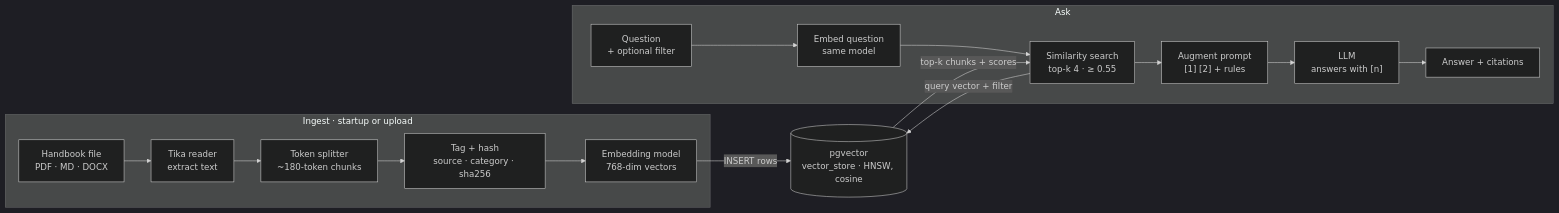
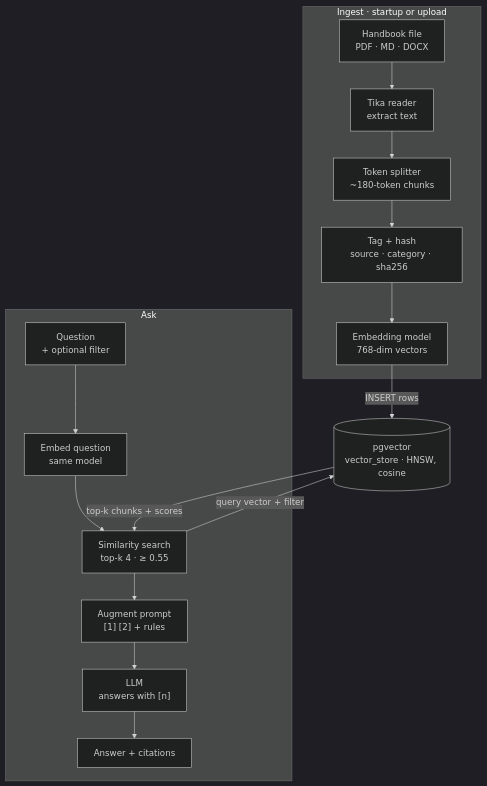
One commit to VimalKmr250/ai-concepts-demo changed the third of 12 diagrams in docs/CONCEPTS.md. Above: the diagram before and after it, drawn with Mermaid (dark theme). The commit also changed other lines of this file and 1 other file, not shown here.

First line of the commit message:
Make Mermaid diagrams readable on GitHub

````diff
--- a/docs/CONCEPTS.md
+++ b/docs/CONCEPTS.md
@@ -164,13 +166,12 @@
 ```mermaid
-flowchart LR
-    subgraph Ingest["Ingest · startup or upload"]
-        F["Handbook file<br/>PDF · MD · DOCX"] --> TK["Tika reader<br/>extract text"] --> SP["Token splitter<br/>~180-token chunks"] --> TG["Tag + hash<br/>source · category · sha256"] --> EM["Embedding model<br/>768-dim vectors"]
-    end
-    EM -- "INSERT rows" --> PG[("pgvector<br/>vector_store · HNSW, cosine")]
-    subgraph Ask
-        Q["Question<br/>+ optional filter"] --> EQ["Embed question<br/>same model"] --> S["Similarity search<br/>top-k 4 · ≥ 0.55"]
-        S --> AU["Augment prompt<br/>[1] [2] + rules"] --> L["LLM<br/>answers with [n]"] --> AN["Answer + citations"]
-    end
-    S -- "query vector + filter" --> PG
-    PG -- "top-k chunks + scores" --> S
+flowchart TB
+  subgraph Ingest["Ingest · startup or upload"]
+    F["Handbook file<br/>PDF · MD · DOCX"] --> TK["Tika reader<br/>extract text"] --> SP["Token splitter<br/>~180-token chunks"] --> TG["Tag + hash<br/>source · category · sha256"] --> EM["Embedding model<br/>768-dim vectors"]
+  end
+  subgraph Ask
+    Q["Question<br/>+ optional filter"] --> EQ["Embed question<br/>same model"] --> S["Similarity search<br/>top-k 4 · ≥ 0.55"] --> AU["Augment prompt<br/>[1] [2] + rules"] --> L["LLM<br/>answers with [n]"] --> AN["Answer + citations"]
+  end
+  EM -- "INSERT rows" --> PG[("pgvector<br/>vector_store · HNSW, cosine")]
+  S -- "query vector + filter" --> PG
+  PG -- "top-k chunks + scores" --> S
 ```
````
